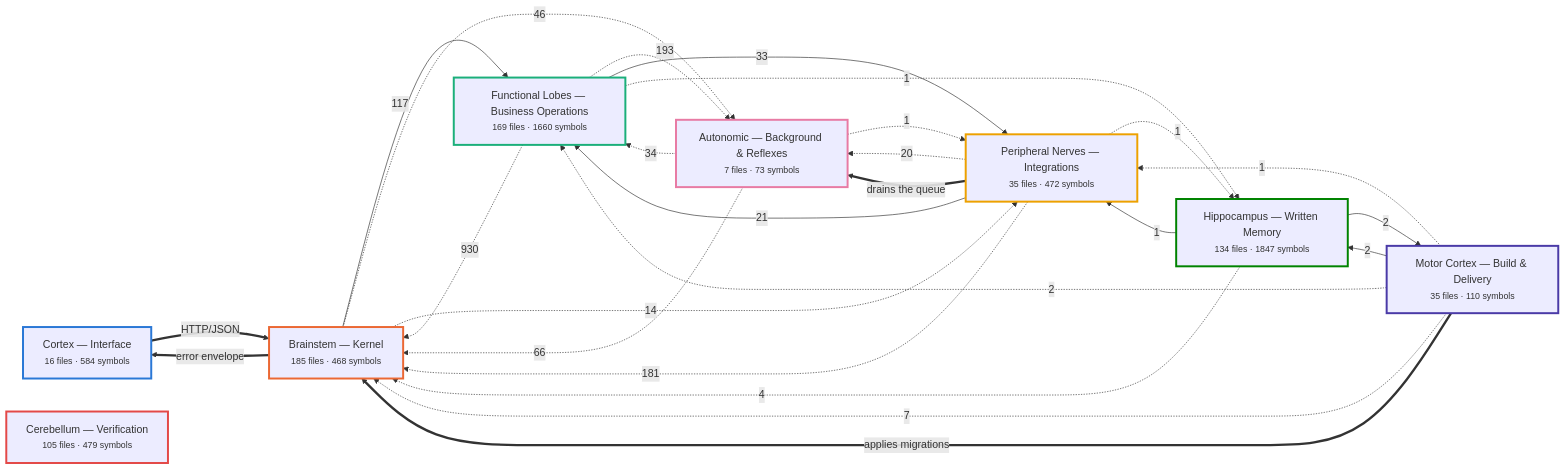
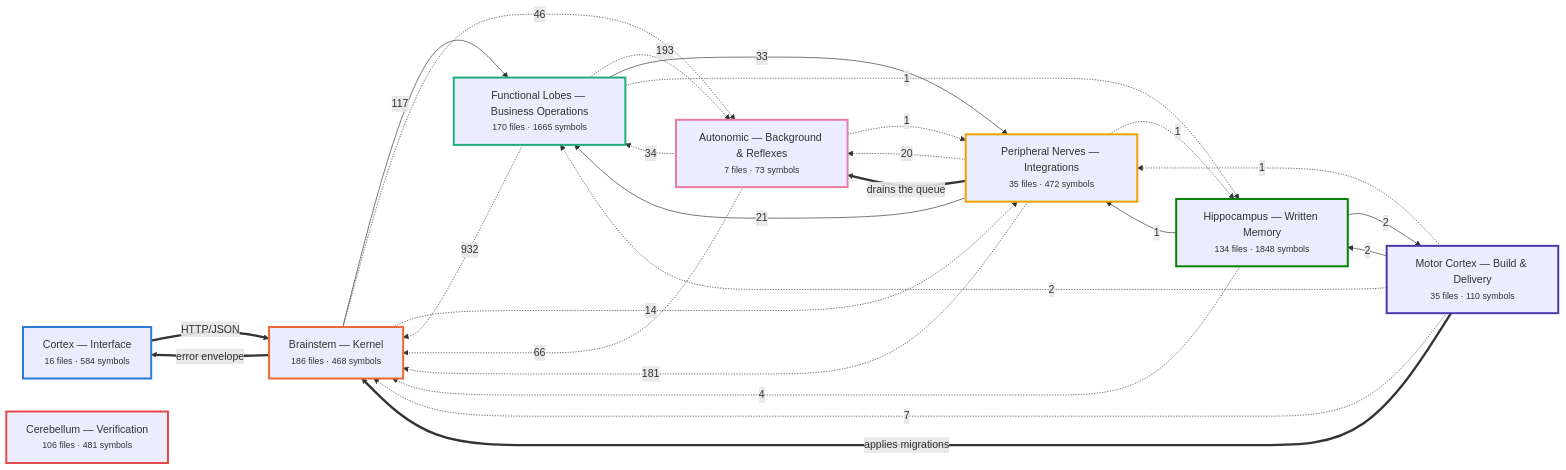
The first of 7 diagrams in docs/brain/BRAIN.md (Vishalnayak226/custom_erp), drawn with Mermaid before and after one commit. The commit also changed other lines of this file and 12 other files, not shown here.

````diff
--- a/docs/brain/BRAIN.md
+++ b/docs/brain/BRAIN.md
@@ -35,52 +35,52 @@
 ```mermaid
 flowchart LR
   n_cortex["Cortex — Interface<br/><small>16 files · 584 symbols</small>"]
-  n_brainstem["Brainstem — Kernel<br/><small>185 files · 468 symbols</small>"]
-  n_business["Functional Lobes — Business Operations<br/><small>169 files · 1660 symbols</small>"]
+  n_brainstem["Brainstem — Kernel<br/><small>186 files · 468 symbols</small>"]
+  n_business["Functional Lobes — Business Operations<br/><small>170 files · 1665 symbols</small>"]
   n_peripheral["Peripheral Nerves — Integrations<br/><small>35 files · 472 symbols</small>"]
   n_autonomic["Autonomic — Background & Reflexes<br/><small>7 files · 73 symbols</small>"]
-  n_memory["Hippocampus — Written Memory<br/><small>134 files · 1847 symbols</small>"]
+  n_memory["Hippocampus — Written Memory<br/><small>134 files · 1848 symbols</small>"]
   n_motor["Motor Cortex — Build & Delivery<br/><small>35 files · 110 symbols</small>"]
-  n_verification["Cerebellum — Verification<br/><small>105 files · 479 symbols</small>"]
-  n_business -.->|930| n_brainstem
+  n_verification["Cerebellum — Verification<br/><small>106 files · 481 symbols</small>"]
+  n_business -.->|932| n_brainstem
   n_business -.->|193| n_autonomic
   n_peripheral -.->|181| n_brainstem
   n_brainstem -->|117| n_business
   n_autonomic -.->|66| n_brainstem
   n_brainstem -.->|46| n_autonomic
   n_autonomic -.->|34| n_business
   n_business -->|33| n_peripheral
   n_peripheral -->|21| n_business
   n_peripheral -.->|20| n_autonomic
   n_brainstem -.->|14| n_peripheral
   n_motor -.->|7| n_brainstem
   n_memory -.->|4| n_brainstem
+  n_motor -->|2| n_memory
+  n_memory -->|2| n_motor
   n_motor -.->|2| n_business
-  n_memory -->|2| n_motor
-  n_motor -->|2| n_memory
+  n_autonomic -.->|1| n_peripheral
+  n_memory -->|1| n_peripheral
+  n_motor -.->|1| n_peripheral
   n_peripheral -.->|1| n_memory
-  n_memory -->|1| n_peripheral
-  n_autonomic -.->|1| n_peripheral
-  n_motor -.->|1| n_peripheral
   n_business -.->|1| n_memory
   n_brainstem ==>|error envelope| n_cortex
   n_cortex ==>|HTTP/JSON| n_brainstem
   n_motor ==>|applies migrations| n_brainstem
   n_peripheral ==>|drains the queue| n_autonomic
   classDef n_cortex stroke:#2a78d6,stroke-width:3px;
   class n_cortex n_cortex;
   classDef n_brainstem stroke:#eb6834,stroke-width:3px;
   class n_brainstem n_brainstem;
   classDef n_business stroke:#1baf7a,stroke-width:3px;
   class n_business n_business;
   classDef n_peripheral stroke:#eda100,stroke-width:3px;
   class n_peripheral n_peripheral;
   classDef n_autonomic stroke:#e87ba4,stroke-width:3px;
   class n_autonomic n_autonomic;
   classDef n_memory stroke:#008300,stroke-width:3px;
   class n_memory n_memory;
   classDef n_motor stroke:#4a3aa7,stroke-width:3px;
   class n_motor n_motor;
   classDef n_verification stroke:#e34948,stroke-width:3px;
   class n_verification n_verification;
 ```
````
